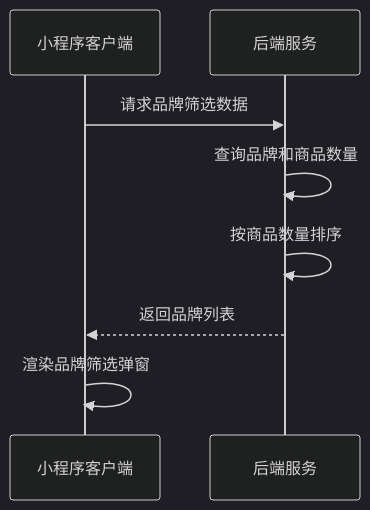
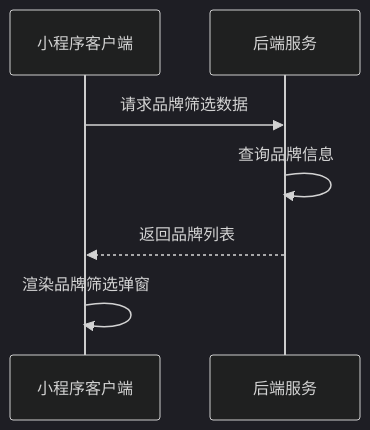
One commit to Childho/V4 changed the third of 4 diagrams in api-docs/search-result.md. Above: the diagram before and after it, drawn with Mermaid (dark theme). The commit also changed other lines of this file and 1 other file, not shown here.

````diff
--- a/api-docs/search-result.md
+++ b/api-docs/search-result.md
@@ -261,10 +204,9 @@
 ```mermaid
 sequenceDiagram
     participant Client as 小程序客户端
     participant Server as 后端服务
     Client->>Server: 请求品牌筛选数据
-    Server->>Server: 查询品牌和商品数量
-    Server->>Server: 按商品数量排序
+    Server->>Server: 查询品牌信息
     Server-->>Client: 返回品牌列表
     Client->>Client: 渲染品牌筛选弹窗
 ```
````
